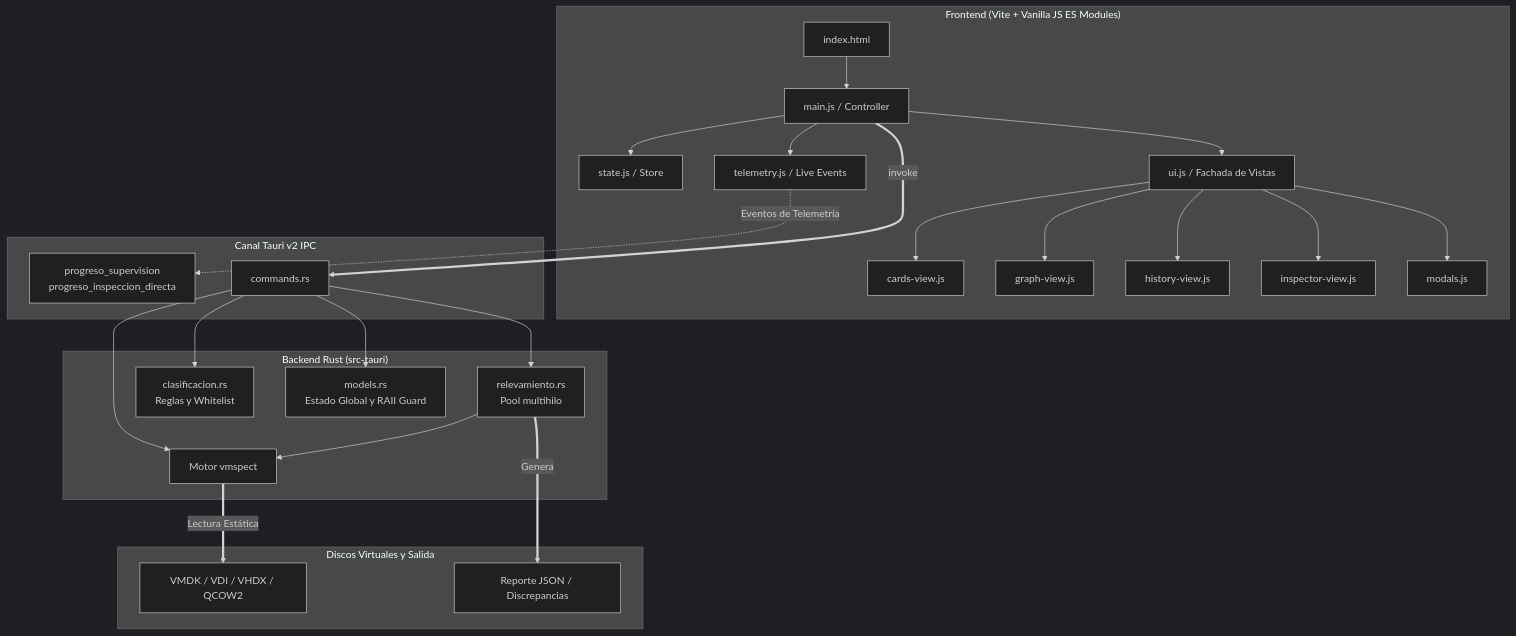
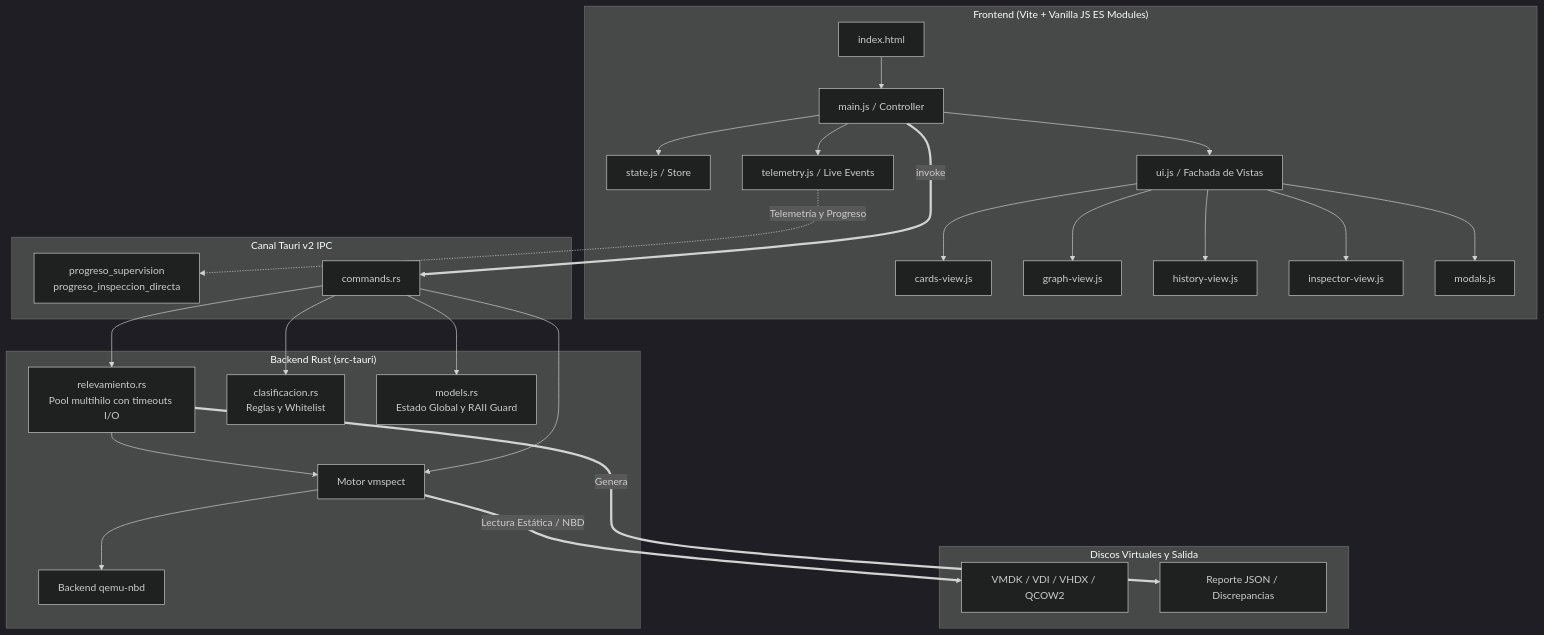
The diagram in README.md (jcostasuarez/vminventory), drawn with Mermaid (dark theme) before and after one commit. The commit also changed other lines of this file and 25 other files, not shown here.

````diff
--- a/README.md
+++ b/README.md
@@ -53,32 +59,33 @@
 ```mermaid
 flowchart TD
     subgraph UI ["Frontend (Vite + Vanilla JS ES Modules)"]
         A[index.html] --> B[main.js / Controller]
         B --> C[state.js / Store]
         B --> D[ui.js / Fachada de Vistas]
         D --> D1[cards-view.js]
         D --> D2[graph-view.js]
         D --> D3[history-view.js]
         D --> D4[inspector-view.js]
         D --> D5[modals.js]
         B --> E[telemetry.js / Live Events]
     end
 
     subgraph IPC ["Canal Tauri v2 IPC"]
-        E -. Eventos de Telemetría .-> RustEvents["progreso_supervision\nprogreso_inspeccion_directa"]
+        E -. Telemetría y Progreso .-> RustEvents["progreso_supervision\nprogreso_inspeccion_directa"]
         B ==>|invoke| Commands[commands.rs]
     end
 
     subgraph Backend ["Backend Rust (src-tauri)"]
-        Commands --> Relevamiento[relevamiento.rs\nPool multihilo]
+        Commands --> Relevamiento[relevamiento.rs\nPool multihilo con timeouts I/O]
         Commands --> Clasificacion[clasificacion.rs\nReglas y Whitelist]
         Commands --> AppState[models.rs\nEstado Global y RAII Guard]
         Relevamiento --> Engine[Motor vmspect]
         Commands --> Engine
+        Engine --> NBD[Backend qemu-nbd]
     end
 
     subgraph Storage ["Discos Virtuales y Salida"]
-        Engine ==>|Lectura Estática| Disks["VMDK / VDI / VHDX / QCOW2"]
+        Engine ==>|Lectura Estática / NBD| Disks["VMDK / VDI / VHDX / QCOW2"]
         Relevamiento ==>|Genera| Output["Reporte JSON / Discrepancias"]
     end
 ```
````
